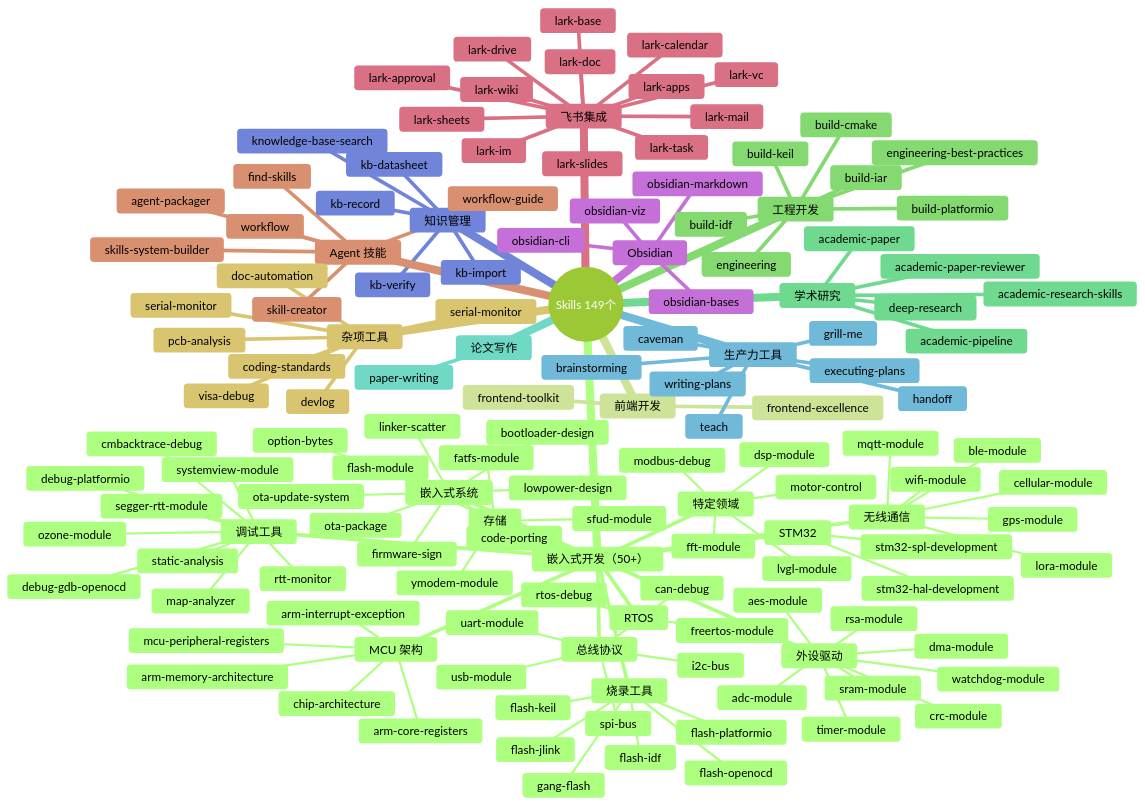
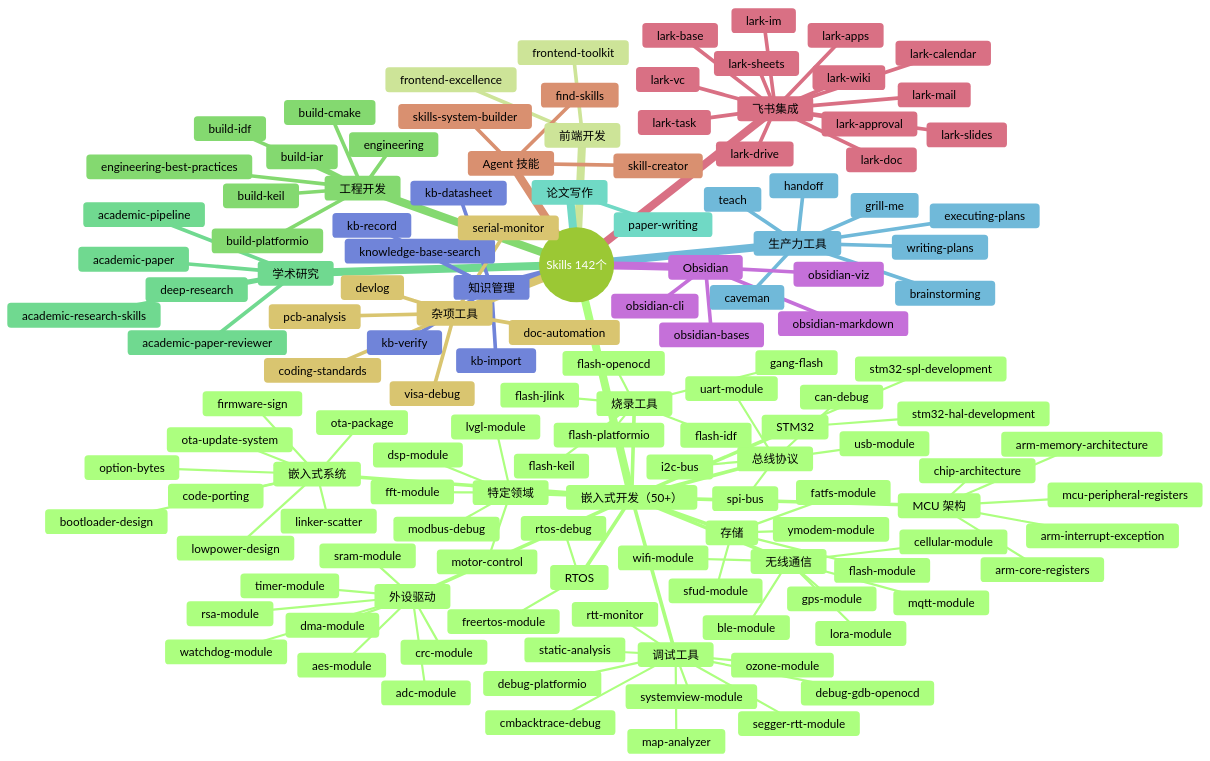
One commit to shuai-yemao/shuai-yemao-chip-skills changed the first of 3 diagrams in README.md. Above: the diagram before and after it, drawn with Mermaid (forest theme). The commit also changed other lines of this file and 44 other files, not shown here.

````diff
--- a/README.md
+++ b/README.md
@@ -7,6 +7,6 @@
 ```mermaid
 mindmap
-  root((Skills 149个))
+  root((Skills 142个))
     嵌入式开发（50+）
       MCU 架构
         arm-core-registers
@@ -132,12 +132,9 @@
       lark-wiki
       lark-vc
     Agent 技能
-      agent-packager
       skill-creator
       skills-system-builder
       find-skills
-      workflow
-      workflow-guide
     杂项工具
       doc-automation
       devlog
@@ -145,5 +142,4 @@
       pcb-analysis
       serial-monitor
       visa-debug
-      serial-monitor
 ```
````
